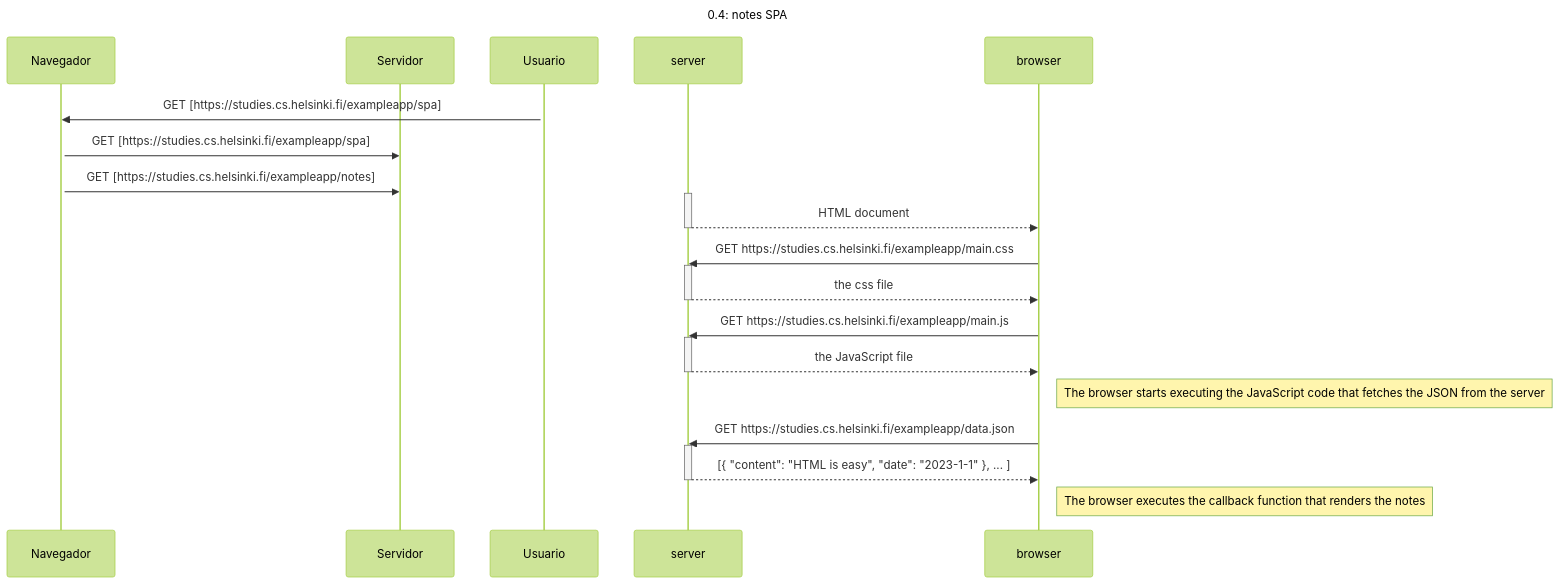
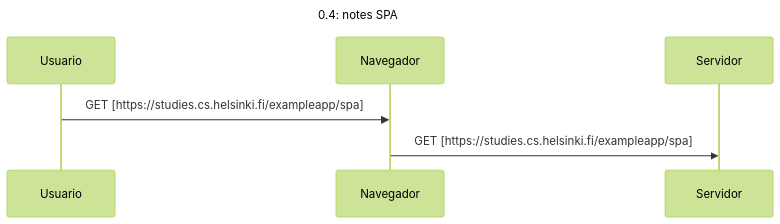
Before and after one commit to thecrusher2345/Full-Stack-Open-2023: the diagram in 0.4: Nuevo diagrama de nota.md, drawn with Mermaid (forest theme).

Commit message:
Update 0.4: Nuevo diagrama de nota.md

````diff
--- a/0.4: Nuevo diagrama de nota.md
+++ b/0.4: Nuevo diagrama de nota.md
@@ -3,41 +3,17 @@
 ```mermaid
 sequenceDiagram
     Title: 0.4: notes SPA
 
+    participant Usuario
     participant Navegador
     participant Servidor
-    participant Usuario
+    
 
-    activate Usuario
+
     Usuario->>Navegador: GET [https://studies.cs.helsinki.fi/exampleapp/spa]
-    activate Navegador
+
     Navegador->>Servidor: GET [https://studies.cs.helsinki.fi/exampleapp/spa]
     
 
 
-
-
-    Navegador->>Servidor: GET [https://studies.cs.helsinki.fi/exampleapp/notes]
-    activate server
-    server-->>browser: HTML document
-    deactivate server
-
-    browser->>server: GET https://studies.cs.helsinki.fi/exampleapp/main.css
-    activate server
-    server-->>browser: the css file
-    deactivate server
-
-    browser->>server: GET https://studies.cs.helsinki.fi/exampleapp/main.js
-    activate server
-    server-->>browser: the JavaScript file
-    deactivate server
-
-    Note right of browser: The browser starts executing the JavaScript code that fetches the JSON from the server
-
-    browser->>server: GET https://studies.cs.helsinki.fi/exampleapp/data.json
-    activate server
-    server-->>browser: [{ "content": "HTML is easy", "date": "2023-1-1" }, ... ]
-    deactivate server
-
-    Note right of browser: The browser executes the callback function that renders the notes
 ```
````
